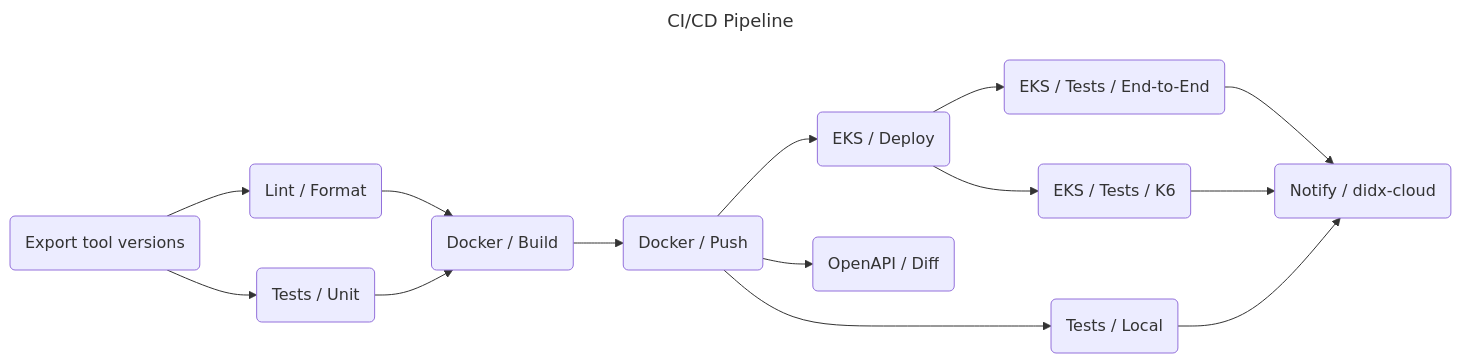
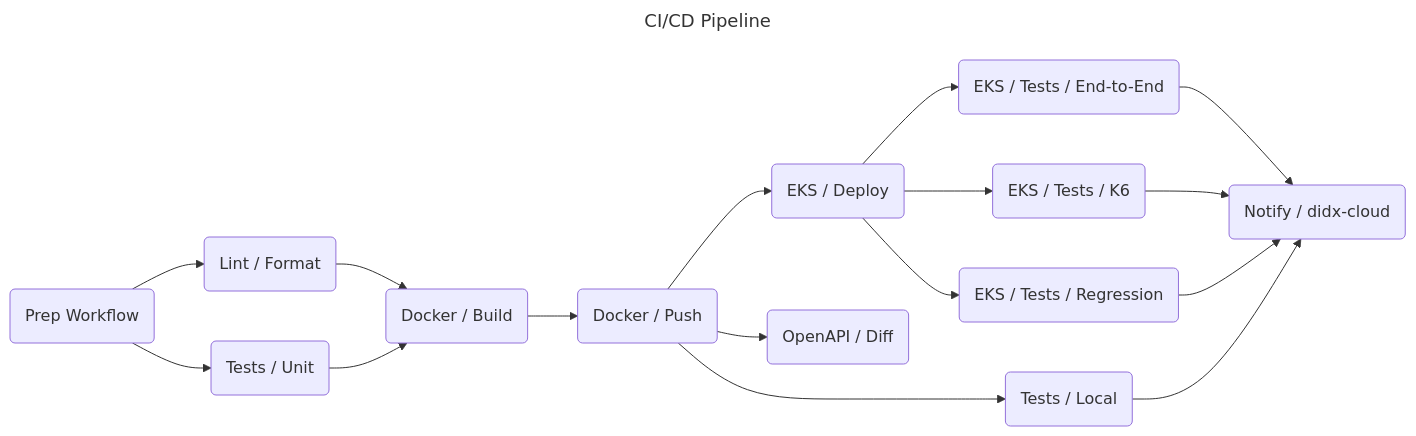
One commit to didx-xyz/acapy-cloud changed the diagram in .github/workflows/README.md. Above: the diagram before and after it, drawn with Mermaid. The commit also changed 1 other file, not shown here.

Commit message:
:bug: 🧙 Cast workflow inputs to booleans (#1564)
* :bug: 🧙 Cast workflow inputs to booleans

Transform `workflow_dispatch` inputs to correct boolean types for workflow
calls. GitHub `workflow_dispatch` always provides inputs as strings, causing
failures when passed to `workflow_call` parameters expecting boolean values.

Added a dedicated step that converts string values to booleans by using
explicit string comparison with the pattern (`value == 'true'`).

* Renamed job from `export-versions` to `prep` for clarity
* Added boolean casting step with explicit string comparison
* Updated all references to use the new job name
* Fixed parameter passing in `deploy-test-eks` workflow call

````diff
--- a/.github/workflows/README.md
+++ b/.github/workflows/README.md
@@ -5,31 +5,34 @@
 ```mermaid
 ---
 title: CI/CD Pipeline
 ---
 flowchart LR
-    ExportVersions(Export tool versions)
+    PrepWorkflow(Prep Workflow)
     Lint(Lint / Format)
     TestsUnit(Tests / Unit)
     DockerBuild(Docker / Build)
     DockerPush(Docker / Push)
     TestsLocal(Tests / Local)
     EKSDeploy(EKS / Deploy)
     EKSTestE2E(EKS / Tests / End-to-End)
+    EKSTestRegression(EKS / Tests / Regression)
     EKSTestK6(EKS / Tests / K6)
     Notify(Notify / didx-cloud)
     OpenAPI(OpenAPI / Diff)
 
-    ExportVersions --> Lint
-    ExportVersions --> TestsUnit
+    PrepWorkflow --> Lint
+    PrepWorkflow --> TestsUnit
     Lint --> DockerBuild
     TestsUnit --> DockerBuild
     DockerBuild --> DockerPush
     DockerPush --> TestsLocal
     DockerPush --> EKSDeploy
     DockerPush --> OpenAPI
     EKSDeploy --> EKSTestE2E
     EKSDeploy --> EKSTestK6
+    EKSDeploy --> EKSTestRegression
     EKSTestE2E --> Notify
     EKSTestK6 --> Notify
+    EKSTestRegression --> Notify
     TestsLocal --> Notify
 ```
````
